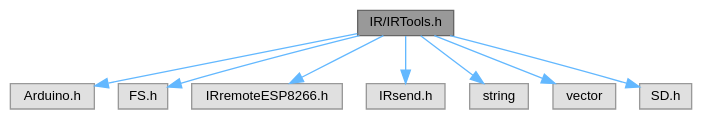
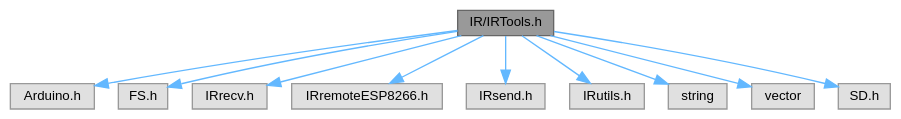
The diagram in IRTools_8h__incl.dot (Jonathan-0101/skeletonKey), drawn with Graphviz before and after one commit. The commit also changed 57 other files, not shown here.

```diff
--- a/IRTools_8h__incl.dot
+++ b/IRTools_8h__incl.dot
@@ -1,22 +1,26 @@
 digraph "IR/IRTools.h"
 {
  // LATEX_PDF_SIZE
   bgcolor="transparent";
   edge [fontname=Helvetica,fontsize=10,labelfontname=Helvetica,labelfontsize=10];
   node [fontname=Helvetica,fontsize=10,shape=box,height=0.2,width=0.4];
   Node1 [id="Node000001",label="IR/IRTools.h",height=0.2,width=0.4,color="gray40", fillcolor="grey60", style="filled", fontcolor="black",tooltip="Library for IR attack tools."];
   Node1 -> Node2 [id="edge1_Node000001_Node000002",color="steelblue1",style="solid",tooltip=" "];
   Node2 [id="Node000002",label="Arduino.h",height=0.2,width=0.4,color="grey60", fillcolor="#E0E0E0", style="filled",tooltip=" "];
   Node1 -> Node3 [id="edge2_Node000001_Node000003",color="steelblue1",style="solid",tooltip=" "];
   Node3 [id="Node000003",label="FS.h",height=0.2,width=0.4,color="grey60", fillcolor="#E0E0E0", style="filled",tooltip=" "];
   Node1 -> Node4 [id="edge3_Node000001_Node000004",color="steelblue1",style="solid",tooltip=" "];
-  Node4 [id="Node000004",label="IRremoteESP8266.h",height=0.2,width=0.4,color="grey60", fillcolor="#E0E0E0", style="filled",tooltip=" "];
+  Node4 [id="Node000004",label="IRrecv.h",height=0.2,width=0.4,color="grey60", fillcolor="#E0E0E0", style="filled",tooltip=" "];
   Node1 -> Node5 [id="edge4_Node000001_Node000005",color="steelblue1",style="solid",tooltip=" "];
-  Node5 [id="Node000005",label="IRsend.h",height=0.2,width=0.4,color="grey60", fillcolor="#E0E0E0", style="filled",tooltip=" "];
+  Node5 [id="Node000005",label="IRremoteESP8266.h",height=0.2,width=0.4,color="grey60", fillcolor="#E0E0E0", style="filled",tooltip=" "];
   Node1 -> Node6 [id="edge5_Node000001_Node000006",color="steelblue1",style="solid",tooltip=" "];
-  Node6 [id="Node000006",label="string",height=0.2,width=0.4,color="grey60", fillcolor="#E0E0E0", style="filled",tooltip=" "];
+  Node6 [id="Node000006",label="IRsend.h",height=0.2,width=0.4,color="grey60", fillcolor="#E0E0E0", style="filled",tooltip=" "];
   Node1 -> Node7 [id="edge6_Node000001_Node000007",color="steelblue1",style="solid",tooltip=" "];
-  Node7 [id="Node000007",label="vector",height=0.2,width=0.4,color="grey60", fillcolor="#E0E0E0", style="filled",tooltip=" "];
+  Node7 [id="Node000007",label="IRutils.h",height=0.2,width=0.4,color="grey60", fillcolor="#E0E0E0", style="filled",tooltip=" "];
   Node1 -> Node8 [id="edge7_Node000001_Node000008",color="steelblue1",style="solid",tooltip=" "];
-  Node8 [id="Node000008",label="SD.h",height=0.2,width=0.4,color="grey60", fillcolor="#E0E0E0", style="filled",tooltip=" "];
+  Node8 [id="Node000008",label="string",height=0.2,width=0.4,color="grey60", fillcolor="#E0E0E0", style="filled",tooltip=" "];
+  Node1 -> Node9 [id="edge8_Node000001_Node000009",color="steelblue1",style="solid",tooltip=" "];
+  Node9 [id="Node000009",label="vector",height=0.2,width=0.4,color="grey60", fillcolor="#E0E0E0", style="filled",tooltip=" "];
+  Node1 -> Node10 [id="edge9_Node000001_Node000010",color="steelblue1",style="solid",tooltip=" "];
+  Node10 [id="Node000010",label="SD.h",height=0.2,width=0.4,color="grey60", fillcolor="#E0E0E0", style="filled",tooltip=" "];
 }
```
